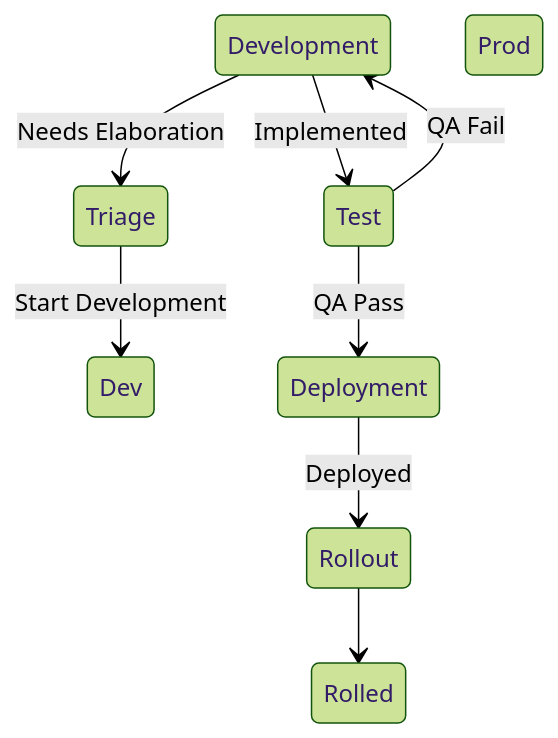
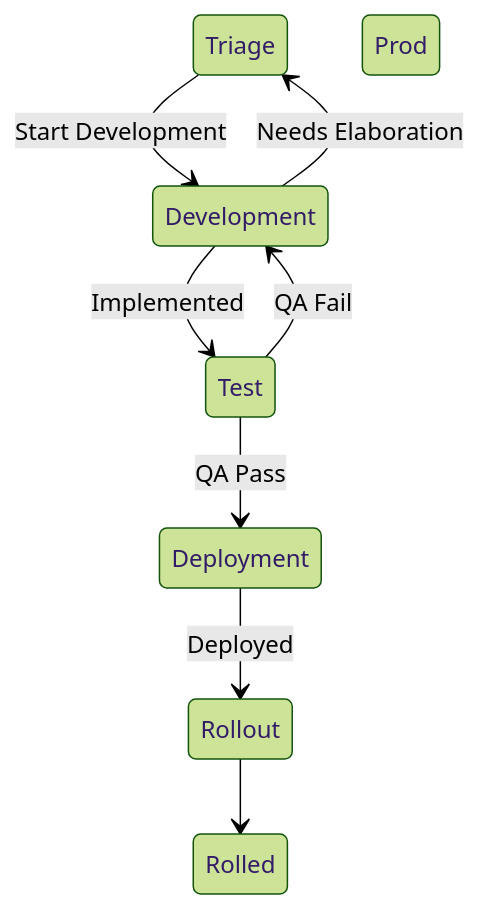
The diagram in workflow.md (NyanHelsing/nyanhelsing.github.io), drawn with Mermaid (forest theme) before and after one commit.

````diff
--- a/workflow.md
+++ b/workflow.md
@@ -7,10 +7,10 @@
 ```mermaid
 stateDiagram-v2
-    Triage --> Dev: Start Development
+    Triage --> Development: Start Development
     Development --> Triage: Needs Elaboration
     Development --> Test: Implemented
     Test --> Development: QA Fail
     Test --> Deployment: QA Pass
     Deployment --> Rollout: Deployed
     Rollout --> Rolled Out: Prod
 ```
````
